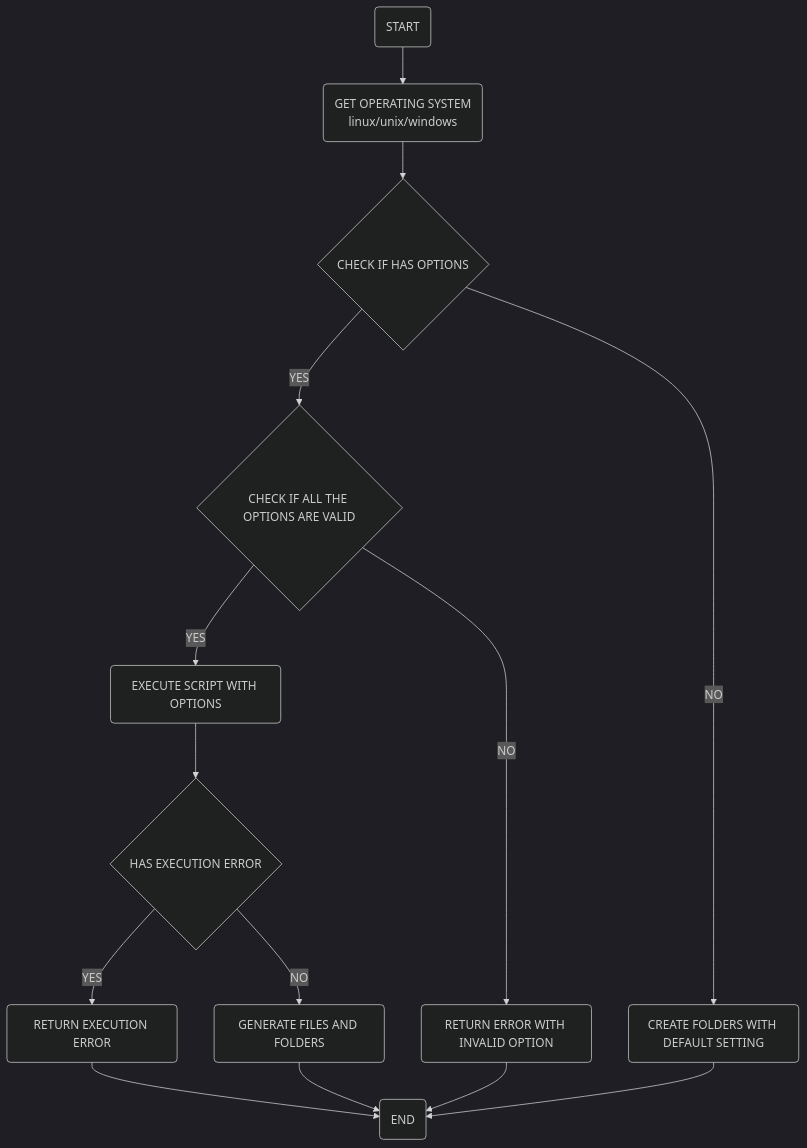
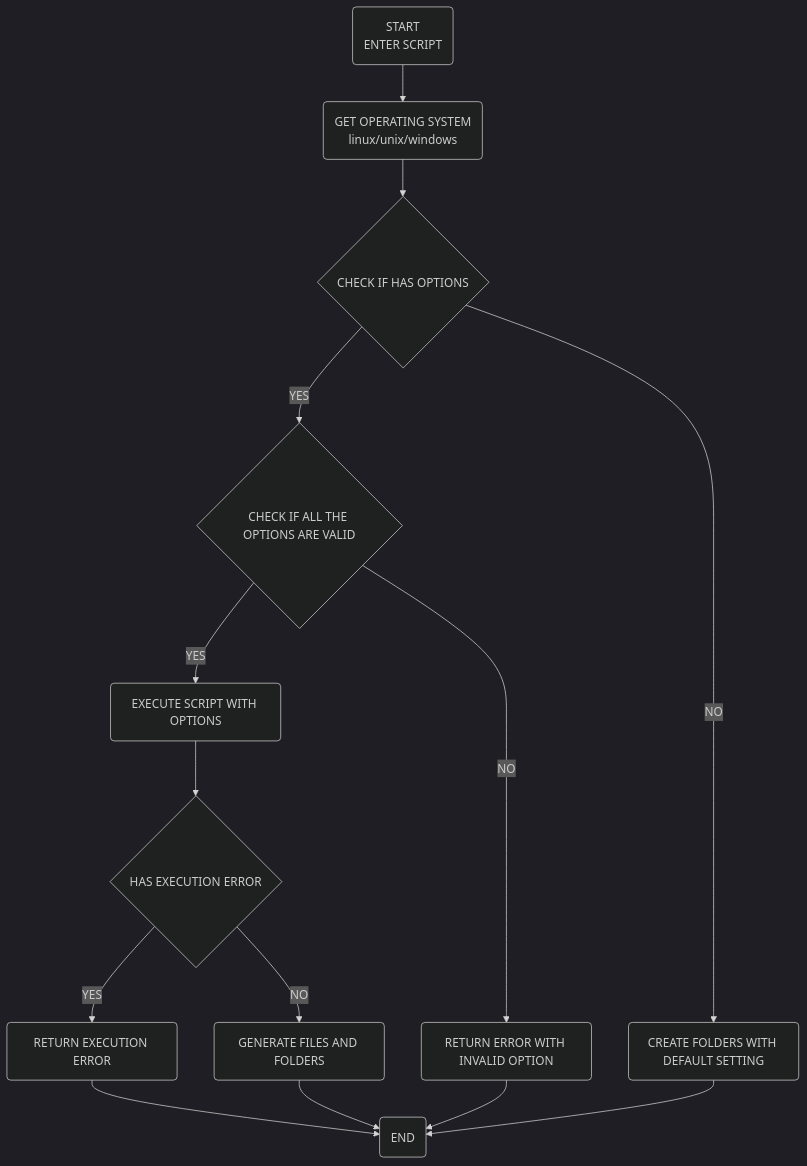
Before and after one commit to sabi1125/CodeSeed: the diagram in diagrams/markdown/flowchart.md, drawn with Mermaid (dark theme). The commit also changed 1 other file, not shown here.

Commit message:
chore: fixed start and and auto pr

````diff
--- a/diagrams/markdown/flowchart.md
+++ b/diagrams/markdown/flowchart.md
@@ -1,16 +1,16 @@
 ```mermaid
 flowchart TD 
-A(START)                                                --> a
+A(START </br> ENTER SCRIPT)                             --> a
 a(GET OPERATING SYSTEM </br> linux/unix/windows)        --> B
 B{CHECK IF HAS OPTIONS}                                 --> |YES|C
 C{CHECK IF ALL THE OPTIONS ARE VALID}                   --> |YES|D
 D(EXECUTE SCRIPT WITH OPTIONS)                          --> E
 E{HAS EXECUTION ERROR}                                  --> |YES|F
 F(RETURN EXECUTION ERROR)                               --> Z
 G(GENERATE FILES AND FOLDERS)                           --> Z(END)
 H(CREATE FOLDERS WITH DEFAULT SETTING)                  --> Z
 I(RETURN ERROR WITH INVALID OPTION)                     --> Z
 E                                                       --> |NO|G
 B                                                       --> |NO|H
 C                                                       --> |NO|I
 ```
````
